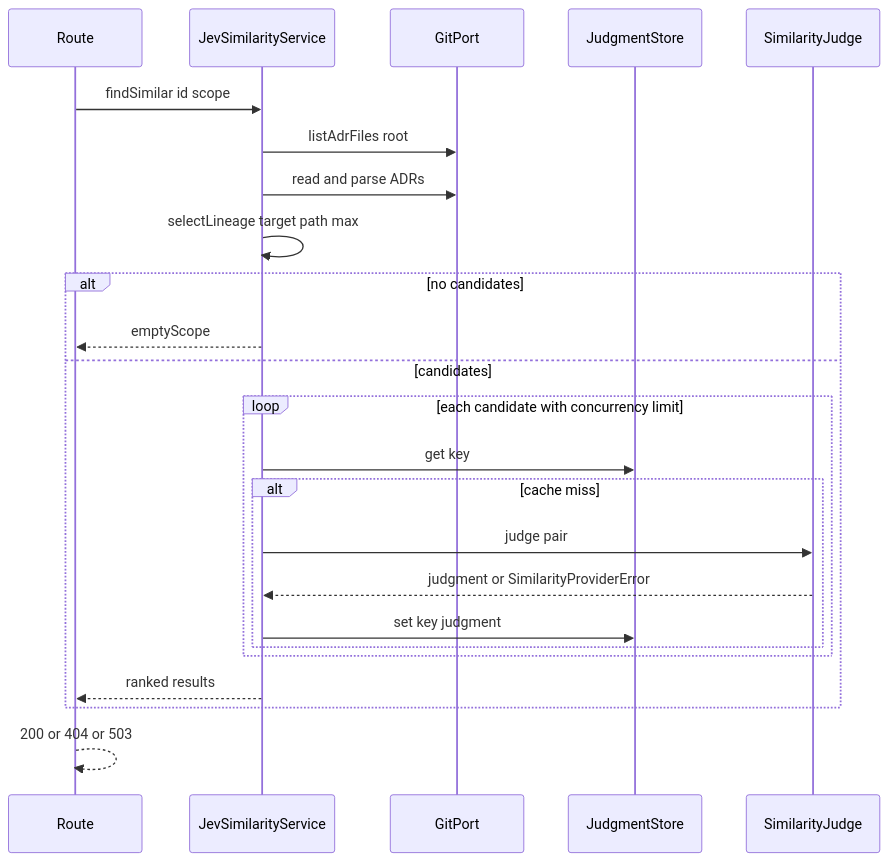
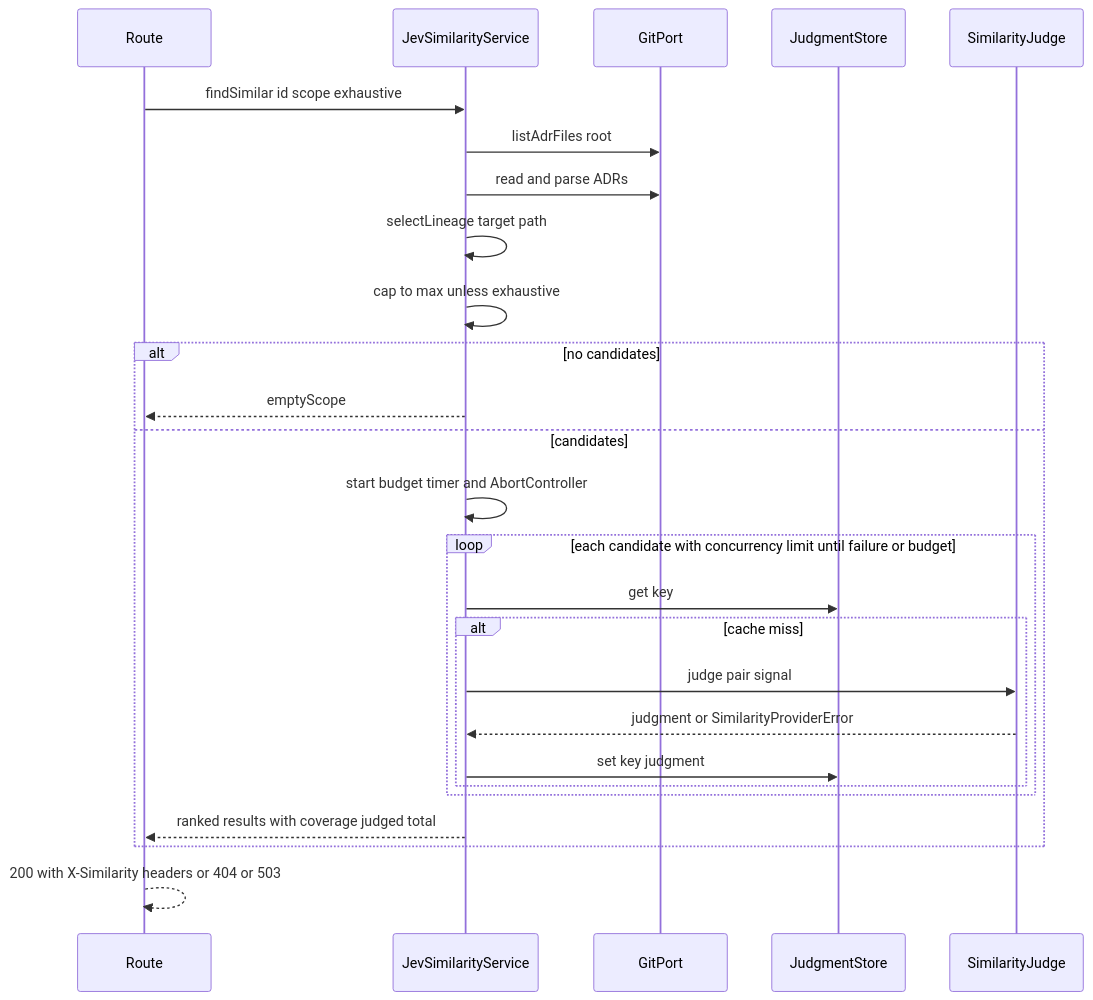
The third of 3 diagrams in .kiro/specs/jev-similarity/design.md (sacherowy/madr-repostiory), drawn with Mermaid before and after one commit. The commit also changed other lines of this file and 3 other files, not shown here.

````diff
--- a/.kiro/specs/jev-similarity/design.md
+++ b/.kiro/specs/jev-similarity/design.md
@@ -197,26 +229,28 @@
 ```mermaid
 sequenceDiagram
     participant Route
     participant Service as JevSimilarityService
     participant Git as GitPort
     participant Store as JudgmentStore
     participant Judge as SimilarityJudge
-    Route->>Service: findSimilar id scope
+    Route->>Service: findSimilar id scope exhaustive
     Service->>Git: listAdrFiles root
     Service->>Git: read and parse ADRs
-    Service->>Service: selectLineage target path max
+    Service->>Service: selectLineage target path
+    Service->>Service: cap to max unless exhaustive
     alt no candidates
         Service-->>Route: emptyScope
     else candidates
-        loop each candidate with concurrency limit
+        Service->>Service: start budget timer and AbortController
+        loop each candidate with concurrency limit until failure or budget
             Service->>Store: get key
             alt cache miss
-                Service->>Judge: judge pair
+                Service->>Judge: judge pair signal
                 Judge-->>Service: judgment or SimilarityProviderError
                 Service->>Store: set key judgment
             end
         end
-        Service-->>Route: ranked results
+        Service-->>Route: ranked results with coverage judged total
     end
-    Route-->>Route: 200 or 404 or 503
+    Route-->>Route: 200 with X-Similarity headers or 404 or 503
 ```
````
